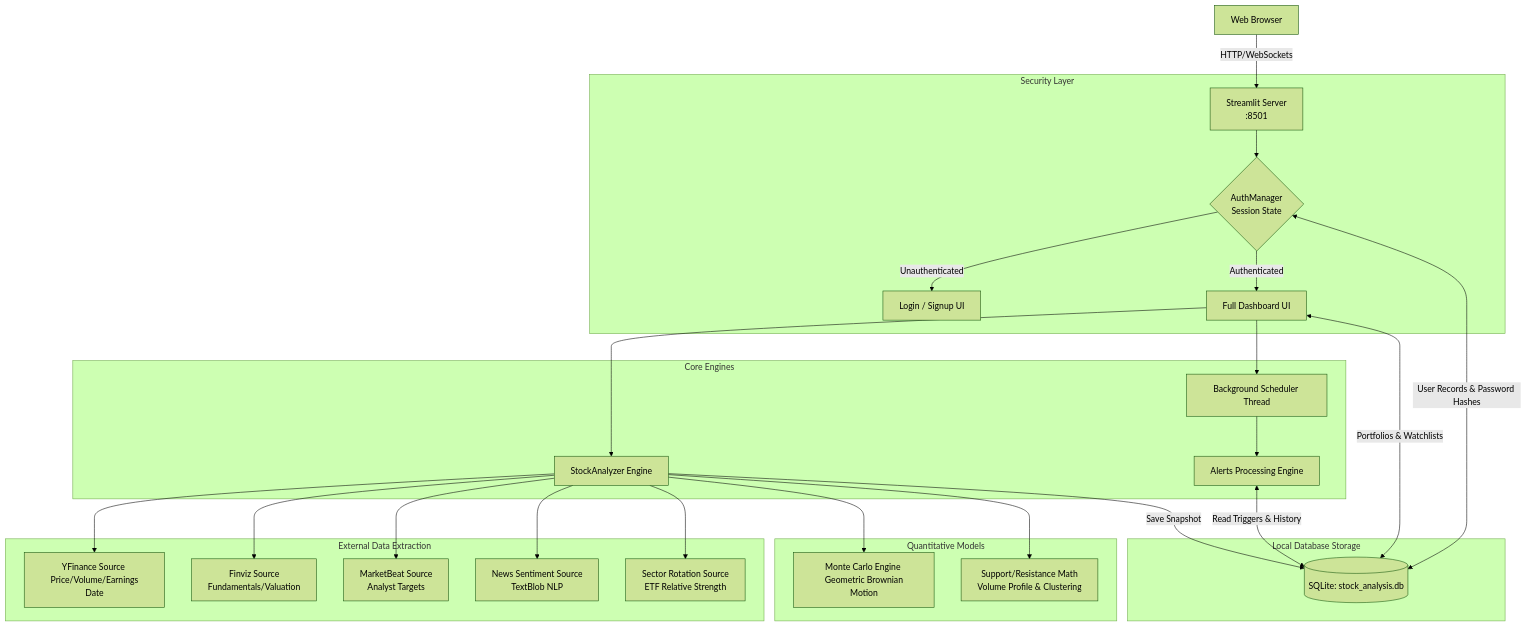
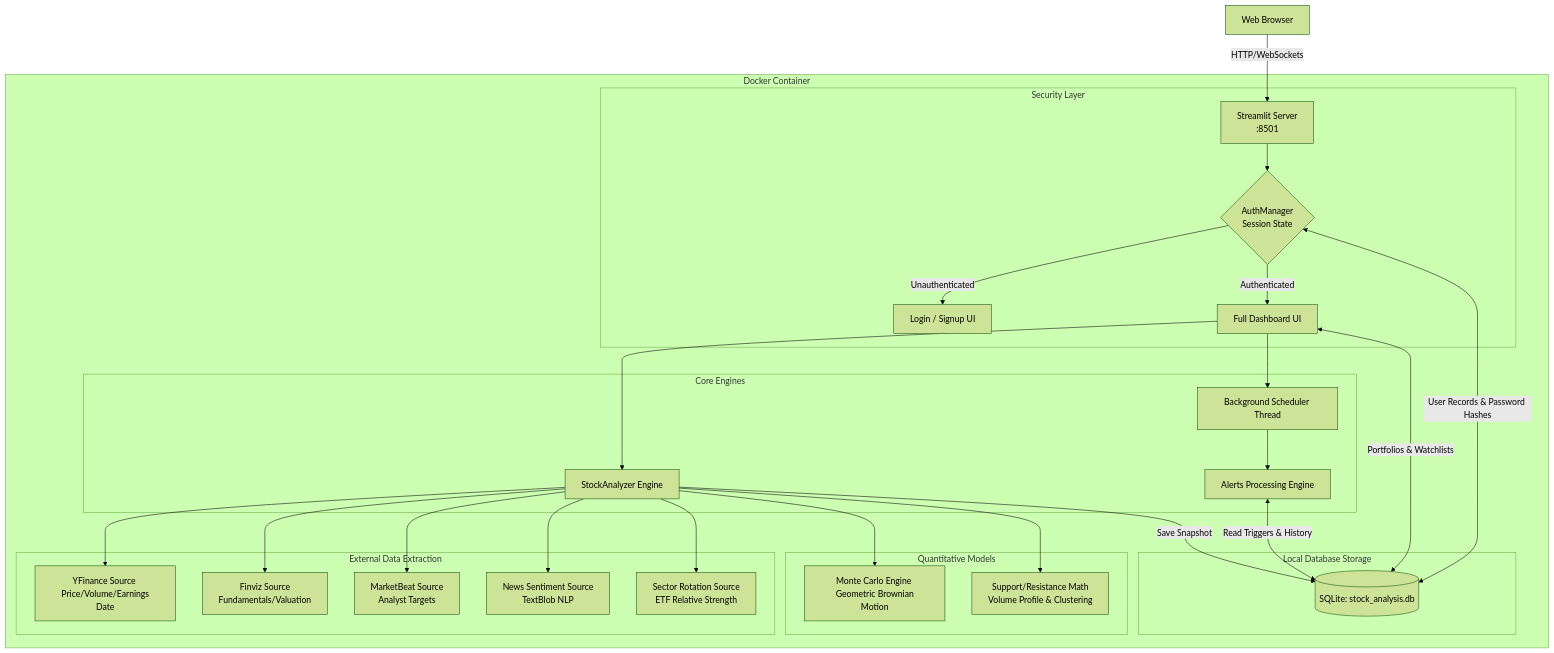
Before and after one commit to tryorfry/growth_invest_plan: the diagram in ARCHITECTURE.md, drawn with Mermaid (forest theme). The commit also changed 10 other files, not shown here.

````diff
--- a/ARCHITECTURE.md
+++ b/ARCHITECTURE.md
@@ -7,43 +7,47 @@
 ```mermaid
 graph TD
     %% User Interfaces
-    Client[Web Browser] -->|HTTP/WebSockets| StreamlitApp[Streamlit Server <br/> :8501]
+    Client[Web Browser] -->|HTTP/WebSockets| StreamlitApp
 
-    %% Authentication Gate
-    subgraph Security Layer
-        StreamlitApp --> AuthGate{AuthManager <br/> Session State}
-        AuthGate -->|Unauthenticated| LoginPage[Login / Signup UI]
-        AuthGate -->|Authenticated| Dashboard[Full Dashboard UI]
-    end
+    subgraph Docker Container
+        StreamlitApp[Streamlit Server <br/> :8501]
 
-    %% Internal Python Modules
-    subgraph Core Engines
-        Dashboard --> Analyzer[StockAnalyzer Engine]
-        Dashboard --> Scheduler[Background Scheduler Thread]
-        Scheduler --> AlertsEngine[Alerts Processing Engine]
-    end
+        %% Authentication Gate
+        subgraph Security Layer
+            StreamlitApp --> AuthGate{AuthManager <br/> Session State}
+            AuthGate -->|Unauthenticated| LoginPage[Login / Signup UI]
+            AuthGate -->|Authenticated| Dashboard[Full Dashboard UI]
+        end
 
-    %% Data Sources Layer
-    subgraph External Data Extraction
-        Analyzer --> YFinance[YFinance Source <br/> Price/Volume/Earnings Date]
-        Analyzer --> Finviz[Finviz Source <br/> Fundamentals/Valuation]
-        Analyzer --> MarketBeat[MarketBeat Source <br/> Analyst Targets]
-        Analyzer --> NewsSource[News Sentiment Source <br/> TextBlob NLP]
-        Analyzer --> SectorSource[Sector Rotation Source <br/> ETF Relative Strength]
-    end
+        %% Internal Python Modules
+        subgraph Core Engines
+            Dashboard --> Analyzer[StockAnalyzer Engine]
+            Dashboard --> Scheduler[Background Scheduler Thread]
+            Scheduler --> AlertsEngine[Alerts Processing Engine]
+        end
 
-    %% Advanced Mathematical Modeling
-    subgraph Quantitative Models
-        Analyzer --> MonteCarlo[Monte Carlo Engine <br/> Geometric Brownian Motion]
-        Analyzer --> SupportResistance[Support/Resistance Math <br/> Volume Profile & Clustering]
-    end
+        %% Data Sources Layer
+        subgraph External Data Extraction
+            Analyzer --> YFinance[YFinance Source <br/> Price/Volume/Earnings Date]
+            Analyzer --> Finviz[Finviz Source <br/> Fundamentals/Valuation]
+            Analyzer --> MarketBeat[MarketBeat Source <br/> Analyst Targets]
+            Analyzer --> NewsSource[News Sentiment Source <br/> TextBlob NLP]
+            Analyzer --> SectorSource[Sector Rotation Source <br/> ETF Relative Strength]
+        end
 
-    %% Database Persistence
-    subgraph Local Database Storage
-        Database[(SQLite: stock_analysis.db)]
-        AuthGate <-->|User Records & Password Hashes| Database
-        Analyzer -->|Save Snapshot| Database
-        AlertsEngine <-->|Read Triggers & History| Database
-        Dashboard <-->|Portfolios & Watchlists| Database
+        %% Advanced Mathematical Modeling
+        subgraph Quantitative Models
+            Analyzer --> MonteCarlo[Monte Carlo Engine <br/> Geometric Brownian Motion]
+            Analyzer --> SupportResistance[Support/Resistance Math <br/> Volume Profile & Clustering]
+        end
+
+        %% Database Persistence
+        subgraph Local Database Storage
+            Database[(SQLite: stock_analysis.db)]
+            AuthGate <-->|User Records & Password Hashes| Database
+            Analyzer -->|Save Snapshot| Database
+            AlertsEngine <-->|Read Triggers & History| Database
+            Dashboard <-->|Portfolios & Watchlists| Database
+        end
     end
 ```
````
